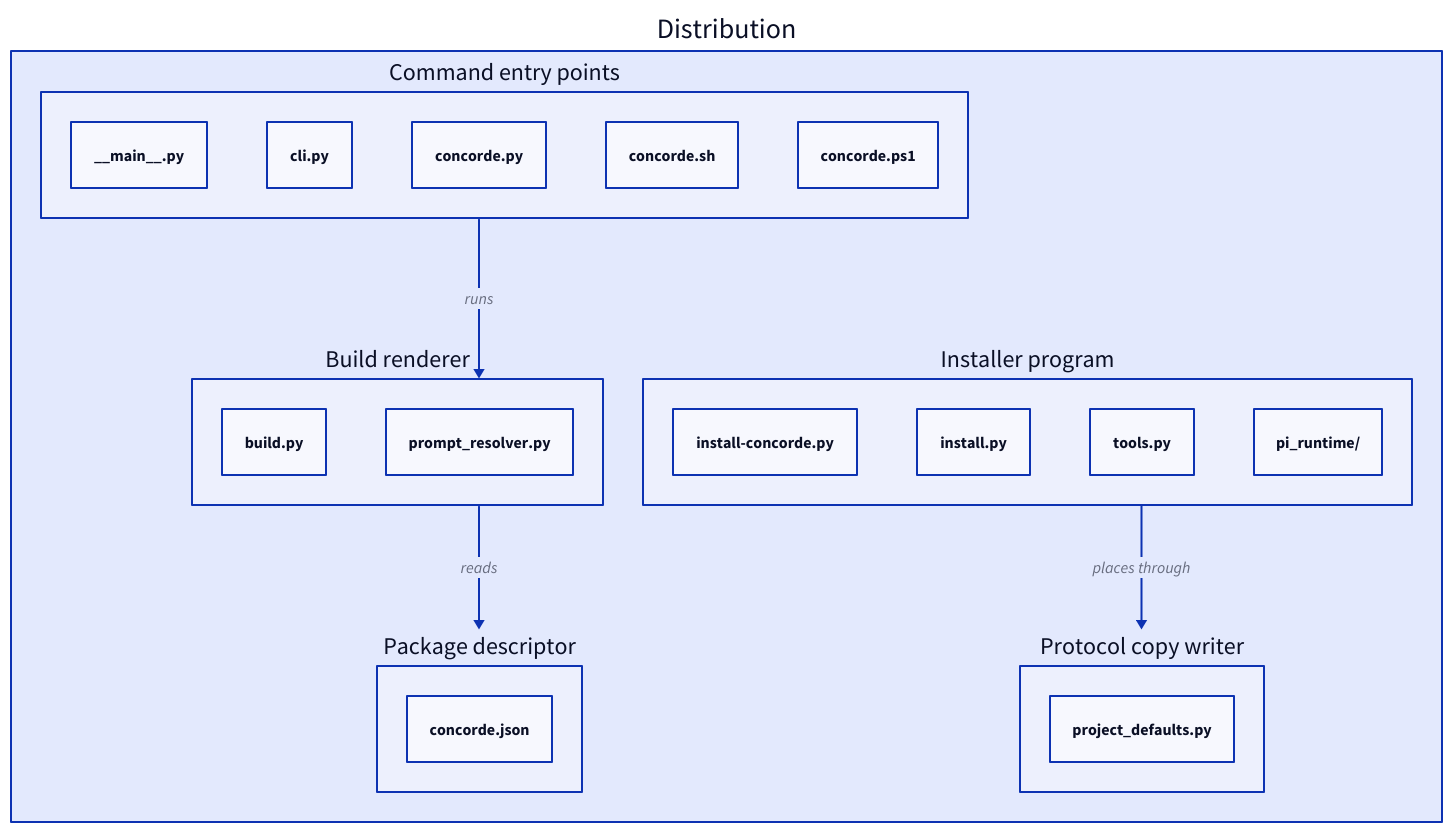
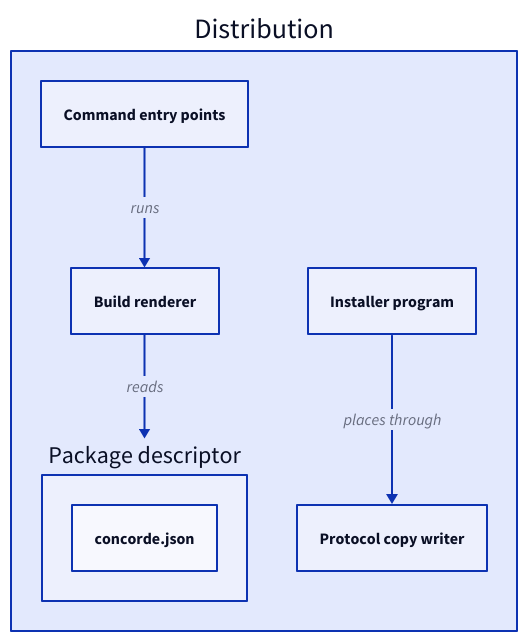
One commit to FTOD/concorde changed the diagram in specs/concorde/distribution/module.md. Above: the diagram before and after it, drawn with D2. The commit also changed other lines of this file and 43 other files, not shown here.

````diff
--- a/specs/concorde/distribution/module.md
+++ b/specs/concorde/distribution/module.md
@@ -206,30 +249,14 @@
 ```d2
 distribution: Distribution {
   descriptor: Package descriptor {
     "concorde.json"
   }
-  build: Build renderer {
-    "build.py"
-    "prompt_resolver.py"
-  }
-  command: Command entry points {
-    "__main__.py"
-    "cli.py"
-    "concorde.py"
-    "concorde.sh"
-    "concorde.ps1"
-  }
-  writer: Protocol copy writer {
-    "project_defaults.py"
-  }
-  installer: Installer program {
-    "install-concorde.py"
-    "install.py"
-    "tools.py"
-    "pi_runtime/"
-  }
+  build: Build renderer
+  command: Command entry points
+  writer: Protocol copy writer
+  installer: Installer program
   build -> descriptor: reads
   command -> build: runs
   installer -> writer: places through
 }
 ```
````
